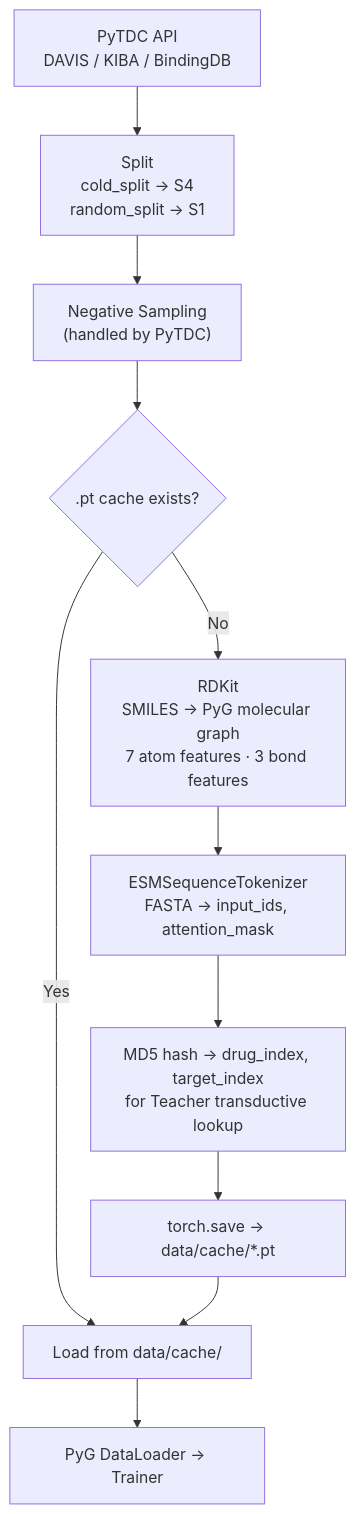
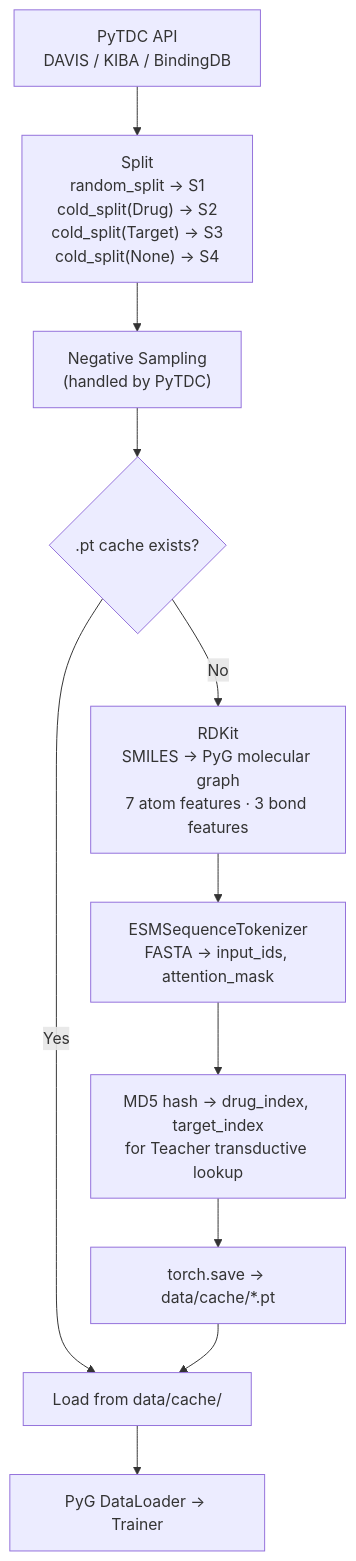
The diagram in docs/source/data.rst (mysorf-9239/UGTSDTI), drawn with Mermaid before and after one commit. The commit also changed other lines of this file and 29 other files, not shown here.

```diff
--- a/docs/source/data.rst
+++ b/docs/source/data.rst
@@ -11,13 +11,13 @@
 .. mermaid::
 
     flowchart TD
-        A["PyTDC API\nDAVIS / KIBA / BindingDB"] --> B["Split\ncold_split → S4\nrandom_split → S1"]
+        A["PyTDC API\nDAVIS / KIBA / BindingDB"] --> B["Split\nrandom_split → S1\ncold_split(Drug) → S2\ncold_split(Target) → S3\ncold_split(None) → S4"]
         B --> C["Negative Sampling\n(handled by PyTDC)"]
         C --> D{".pt cache exists?"}
         D -- Yes --> E["Load from data/cache/"]
         D -- No --> F["RDKit\nSMILES → PyG molecular graph\n7 atom features · 3 bond features"]
         F --> G["ESMSequenceTokenizer\nFASTA → input_ids, attention_mask"]
         G --> H["MD5 hash → drug_index, target_index\nfor Teacher transductive lookup"]
         H --> I["torch.save → data/cache/*.pt"]
         I --> E
         E --> J["PyG DataLoader → Trainer"]
```
